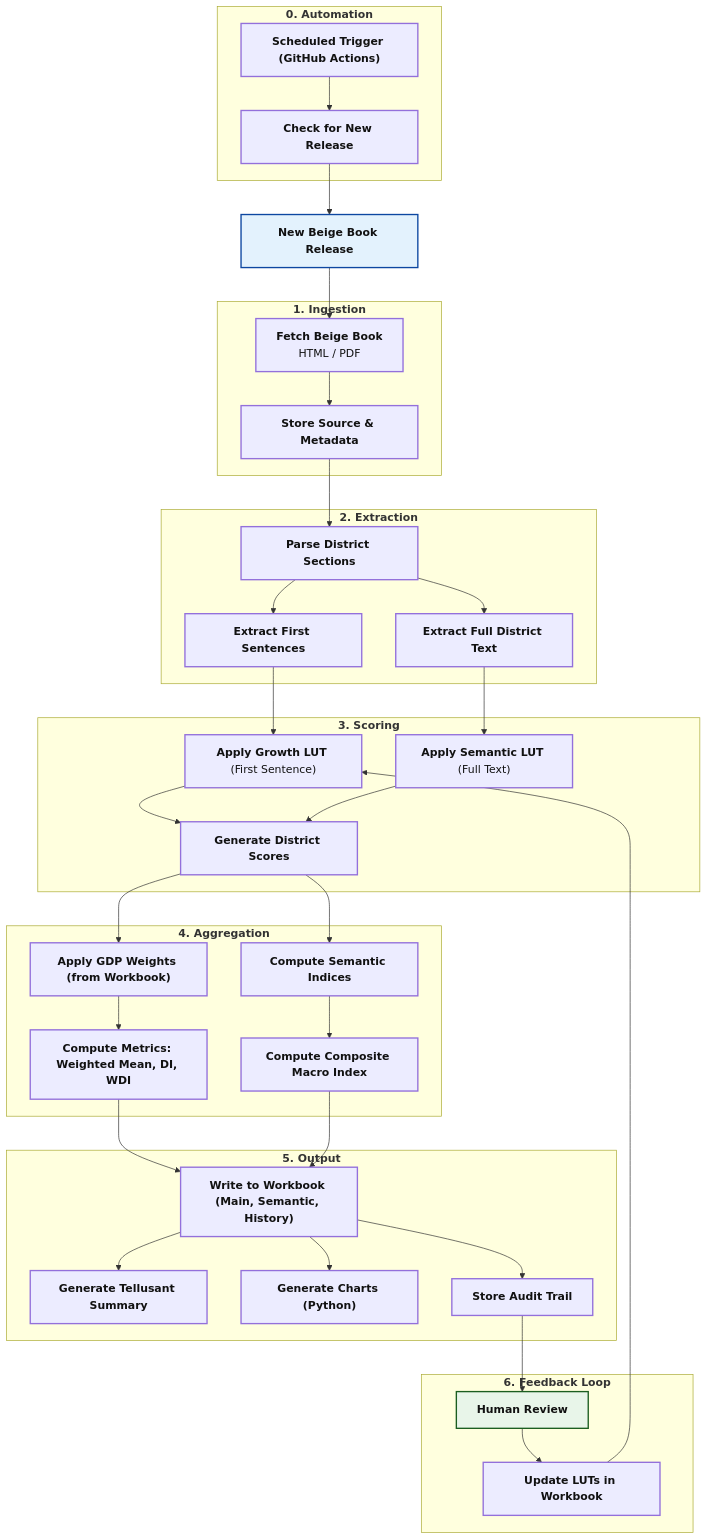
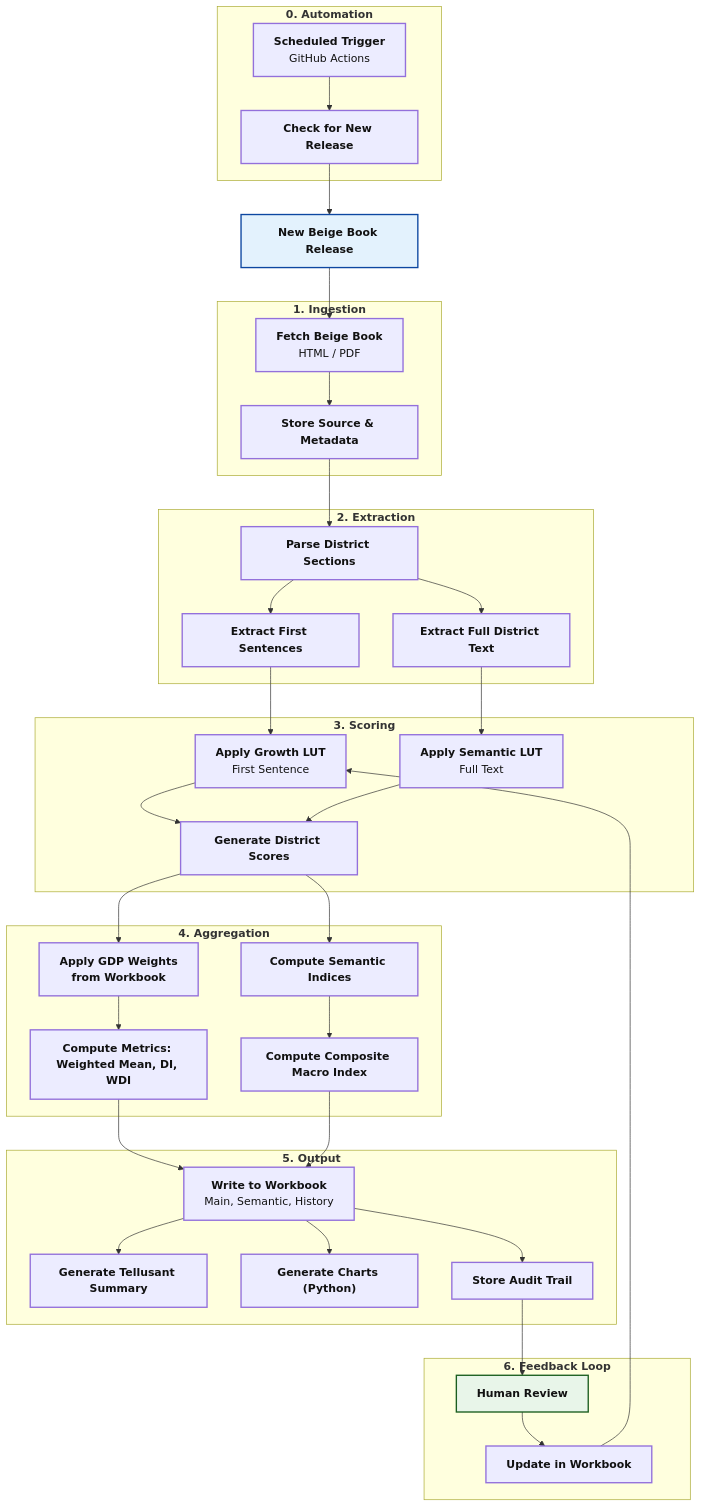
One commit to scanback/docs changed the diagram in articles-posts/fedora.md. Above: the diagram before and after it, drawn with Mermaid.

```diff
--- a/articles-posts/fedora.md
+++ b/articles-posts/fedora.md
@@ -9,73 +9,73 @@
 <div class="mermaid">
 
 %%{init: {'themeVariables': { 'fontFamily': 'Arial'}}}%%
 
 flowchart TD
 
     A["`**New Beige Book Release**`"]:::blue
 
     subgraph S1["`**1. Ingestion**`"]
         B["`**Fetch Beige Book**<br/>HTML / PDF`"]:::base
         C["`**Store Source & Metadata**`"]:::base
     end
 
     subgraph S2["`**2. Extraction**`"]
         D["`**Parse District Sections**`"]:::base
         E["`**Extract First Sentences**`"]:::base
         F["`**Extract Full District Text**`"]:::base
     end
 
     subgraph S3["`**3. Scoring**`"]
-        G["`**Apply Growth LUT** (First Sentence)`"]:::base
-        H["`**Apply Semantic LUT** (Full Text)`"]:::base
+        G["`**Apply Growth LUT**<br/>First Sentence`"]:::base
+        H["`**Apply Semantic LUT**<br/>Full Text`"]:::base
         I["`**Generate District Scores**`"]:::base
     end
 
     subgraph S4["`**4. Aggregation**`"]
-        J["`**Apply GDP Weights (from Workbook)**`"]:::base
+        J["`**Apply GDP Weights<br/>from Workbook**`"]:::base
         K["`**Compute Metrics: Weighted Mean, DI, WDI**`"]:::base
         L["`**Compute Semantic Indices**`"]:::base
         M["`**Compute Composite Macro Index**`"]:::base
     end
 
     subgraph S5["`**5. Output**`"]
-        N["`**Write to Workbook (Main, Semantic, History)**`"]:::base
+        N["`**Write to Workbook**<br/>Main, Semantic, History`"]:::base
         O["`**Generate Tellusant Summary**`"]:::base
         P["`**Generate Charts (Python)**`"]:::base
         Q["`**Store Audit Trail**`"]:::base
     end
 
     subgraph S6["`**0. Automation**`"]
-        R["`**Scheduled Trigger (GitHub Actions)**`"]:::base
+        R["`**Scheduled Trigger**<br/>GitHub Actions`"]:::base
         S["`**Check for New Release**`"]:::base
     end
 
     subgraph S7["`**6. Feedback Loop**`"]
         T["`**Human Review**`"]:::green
-        U["`**Update LUTs in Workbook**`"]:::base
+        U["`**Update in Workbook**`"]:::base
     end
 
     R --> S --> A
     A --> B --> C --> D --> E
     D --> F
     E --> G --> I
     F --> H --> I
     I --> J --> K
     I --> L --> M
     K --> N
     M --> N
     N --> O
     N --> P
     N --> Q
     Q --> T --> U --> G
 
 %% ========= STYLES =========
 classDef green   fill:#E8F5E9,stroke:#1B5E20,stroke-width:2px,color:#111;
 classDef blue    fill:#E3F2FD,stroke:#0D47A1,stroke-width:2px,color:#111;
 classDef orange  fill:#FFF8E1,stroke:#FF6F00,stroke-width:2px,color:#111;
 classDef red     fill:#FDECEA,stroke:#B71C1C,stroke-width:2px,color:#111;
 classDef grey    fill:#F5F5F5,stroke:#424242,stroke-width:2px,color:#111;
 classDef base    fill:#ECECFF,stroke:#9370DB,stroke-width:2px,color:#111;
 classDef clear   fill:transparent,stroke:transparent;
 
     </div>
```
